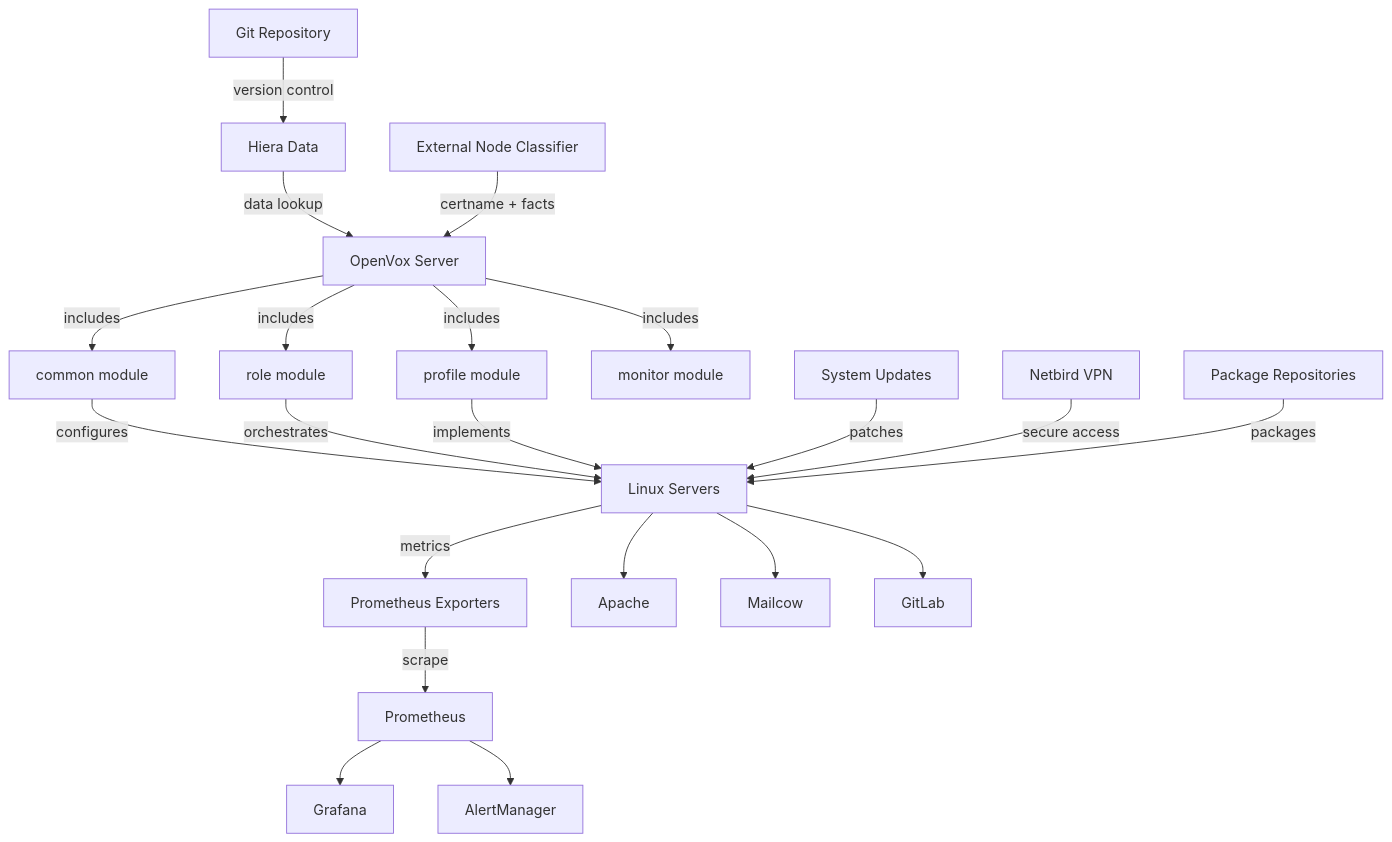
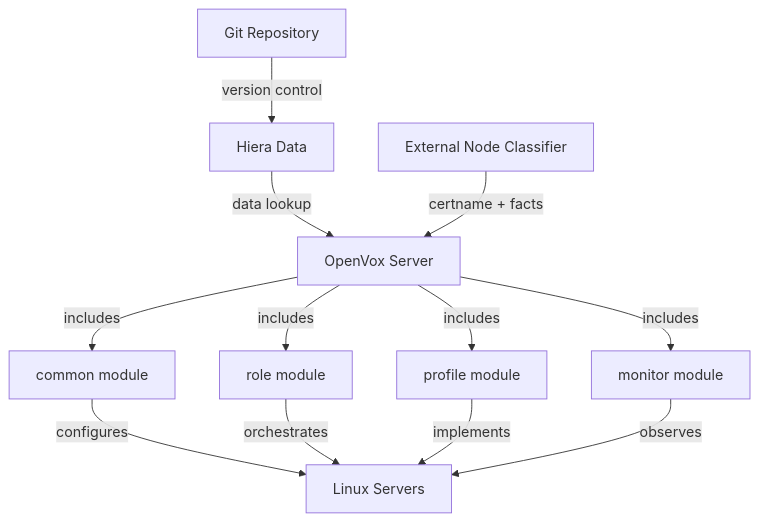
One commit to Obmondo/LinuxAid changed the diagram in README.md. Above: the diagram before and after it, drawn with Mermaid. The commit also changed other lines of this file and 2 other files, not shown here.

````diff
--- a/README.md
+++ b/README.md
@@ -36,54 +101,28 @@
 ```mermaid
 graph TB
     git[Git Repository]
     hiera[Hiera Data]
     enc[External Node Classifier]
     openvox[OpenVox Server]
-    
+
     common[common module]
     role[role module]
     profile[profile module]
     monitor[monitor module]
-    
-    updates[System Updates]
-    vpn[Netbird VPN]
-    repos[Package Repositories]
-    
+
     linux_servers[Linux Servers]
-    
-    exporters[Prometheus Exporters]
-    prometheus[Prometheus]
-    grafana[Grafana]
-    alertmanager[AlertManager]
-    
-    apache[Apache]
-    mailcow[Mailcow]
-    gitlab[GitLab]
-    
+
     git -->|version control| hiera
     hiera -->|data lookup| openvox
     enc -->|certname + facts| openvox
-    
+
     openvox -->|includes| common
     openvox -->|includes| role
     openvox -->|includes| profile
     openvox -->|includes| monitor
-    
+
     common -->|configures| linux_servers
     role -->|orchestrates| linux_servers
     profile -->|implements| linux_servers
-    
-    updates -->|patches| linux_servers
-    vpn -->|secure access| linux_servers
-    repos -->|packages| linux_servers
-    
-    linux_servers -->|metrics| exporters
-    exporters -->|scrape| prometheus
-    
-    prometheus --> grafana
-    prometheus --> alertmanager
-    
-    linux_servers --> apache
-    linux_servers --> mailcow
-    linux_servers --> gitlab
+    monitor -->|observes| linux_servers
 ```
````
